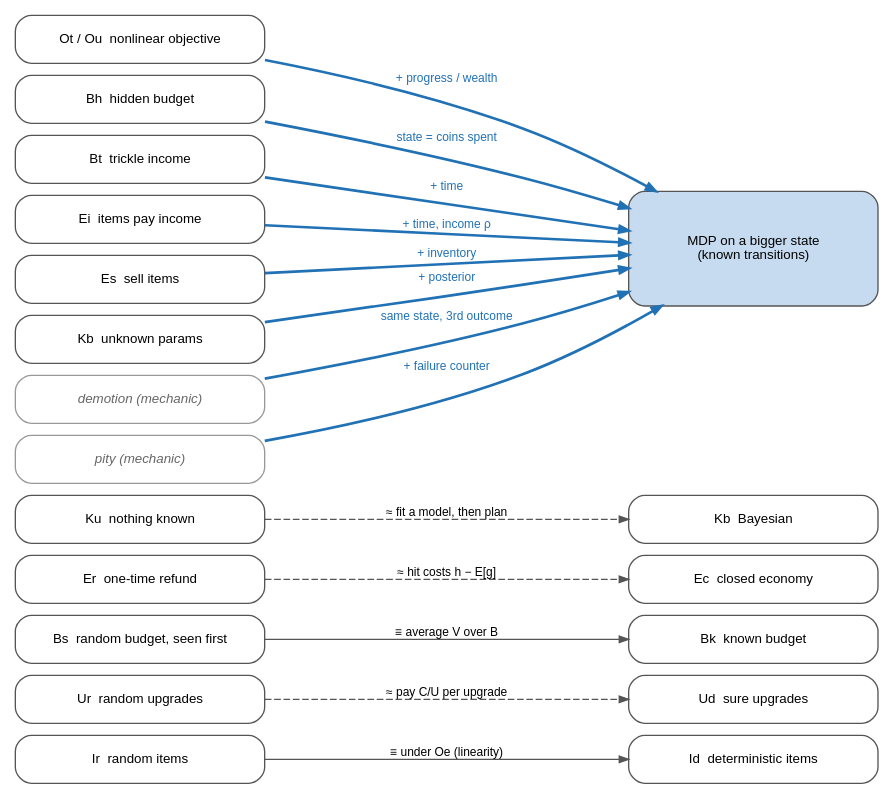
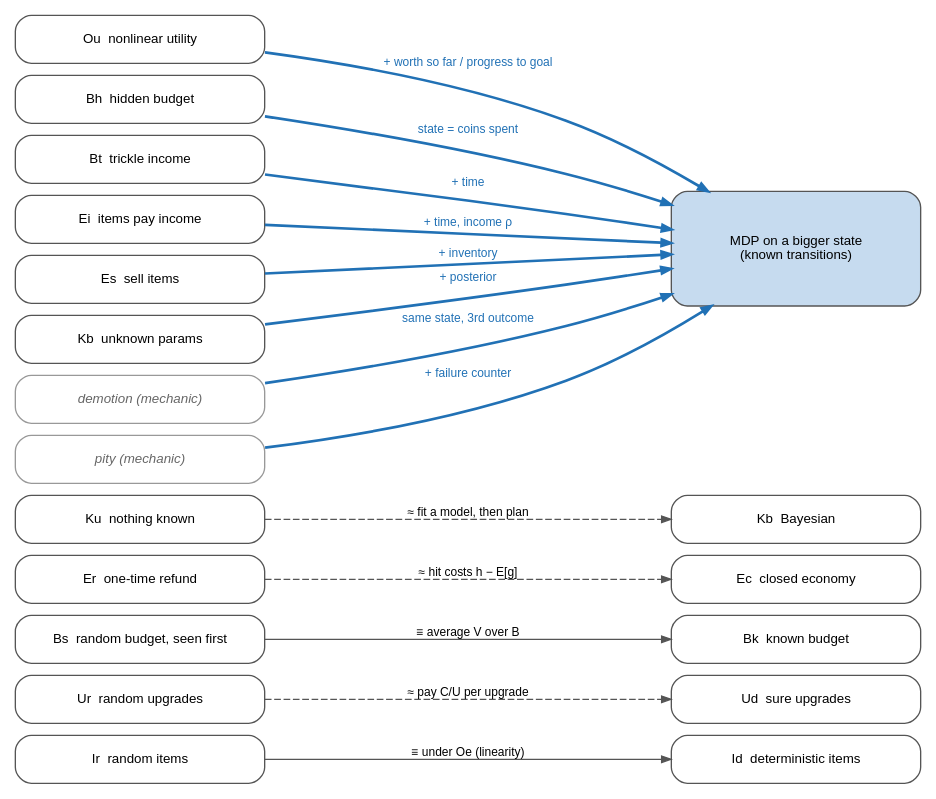
The diagram in probability/sequential_decision_making_under_uncertainty/figures/reduction_map.dot (ssarkar2/notes), drawn with Graphviz before and after one commit. The commit also changed 4 other files, not shown here.

```diff
--- a/probability/sequential_decision_making_under_uncertainty/figures/reduction_map.dot
+++ b/probability/sequential_decision_making_under_uncertainty/figures/reduction_map.dot
@@ -1,52 +1,52 @@
 // Reductions: harder variant (left) -> something already solved (right).
 // solid = exact, dashed = approximation, bold blue = exact after enlarging the state.
 // Grey italics = mechanics (rule tweaks), not axis values.
 // Build: ./build.sh
 digraph reductions {
   rankdir=LR;
   graph [fontname="Helvetica", fontsize=11, nodesep=0.12, ranksep=2.2, bgcolor="white"];
   node  [shape=box, style="rounded", fontname="Helvetica", fontsize=10, color="#555555", width=2.6];
   edge  [fontname="Helvetica", fontsize=9, color="#555555", arrowsize=0.7];
 
   // left: harder variants
   { rank=same;
     Ir [label="Ir  random items"];
     Ur [label="Ur  random upgrades"];
     Bs [label="Bs  random budget, seen first"];
     Er [label="Er  one-time refund"];
     Ku [label="Ku  nothing known"];
-    Ot [label="Ot / Ou  nonlinear objective"];
+    Ou [label="Ou  nonlinear utility"];
     Bh [label="Bh  hidden budget"];
     Bt [label="Bt  trickle income"];
     Ei [label="Ei  items pay income"];
     Es [label="Es  sell items"];
     Kb [label="Kb  unknown params"];
     dem  [label="demotion (mechanic)", fontname="Helvetica-Oblique", color="#999999", fontcolor="#666666"];
     pity [label="pity (mechanic)", fontname="Helvetica-Oblique", color="#999999", fontcolor="#666666"];
   }
   // right: targets
   { rank=same;
     Id [label="Id  deterministic items"];
     Ud [label="Ud  sure upgrades"];
     Bk [label="Bk  known budget"];
     Ec [label="Ec  closed economy"];
     Kb2 [label="Kb  Bayesian"];
     MDP [label="MDP on a bigger state\n(known transitions)", style="rounded,filled", fillcolor="#c6dbef", height=1.2];
   }
 
   Ir -> Id [label="≡ under Oe (linearity)"];
   Ur -> Ud [label="≈ pay C/U per upgrade", style=dashed];
   Bs -> Bk [label="≡ average V over B"];
   Er -> Ec [label="≈ hit costs h − E[g]", style=dashed];
   Ku -> Kb2 [label="≈ fit a model, then plan", style=dashed];
 
   edge [style=bold, color="#2171b5", fontcolor="#2171b5"];
-  Ot -> MDP [label="+ progress / wealth"];
+  Ou -> MDP [label="+ worth so far / progress to goal"];
   Bh -> MDP [label="state = coins spent"];
   Bt -> MDP [label="+ time"];
   Ei -> MDP [label="+ time, income ρ"];
   Es -> MDP [label="+ inventory"];
   Kb -> MDP [label="+ posterior"];
   dem -> MDP [label="same state, 3rd outcome"];
   pity -> MDP [label="+ failure counter"];
 }
```
